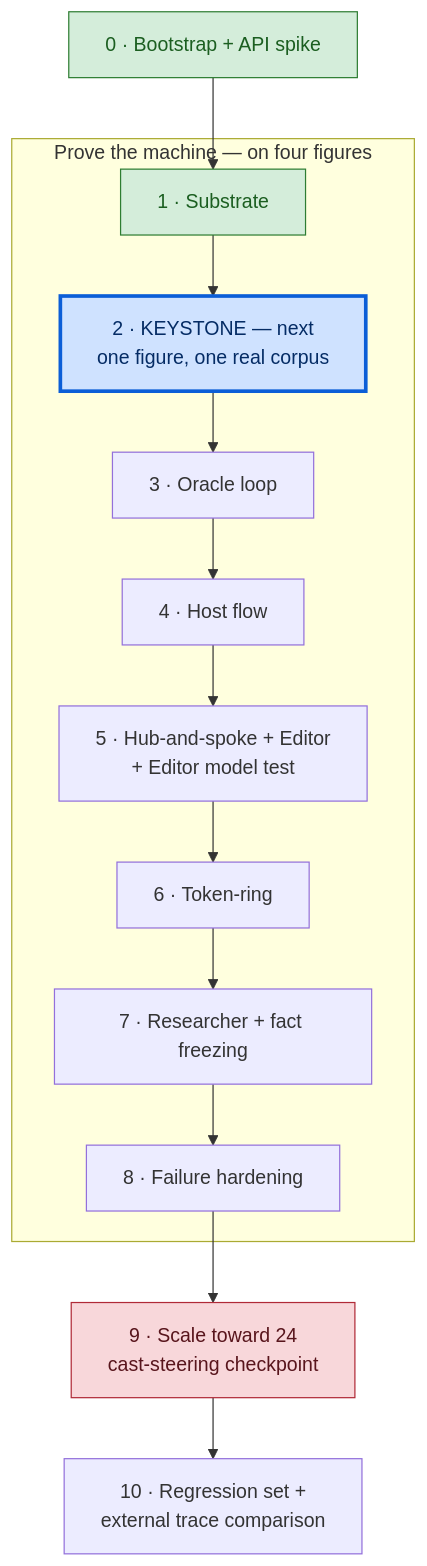
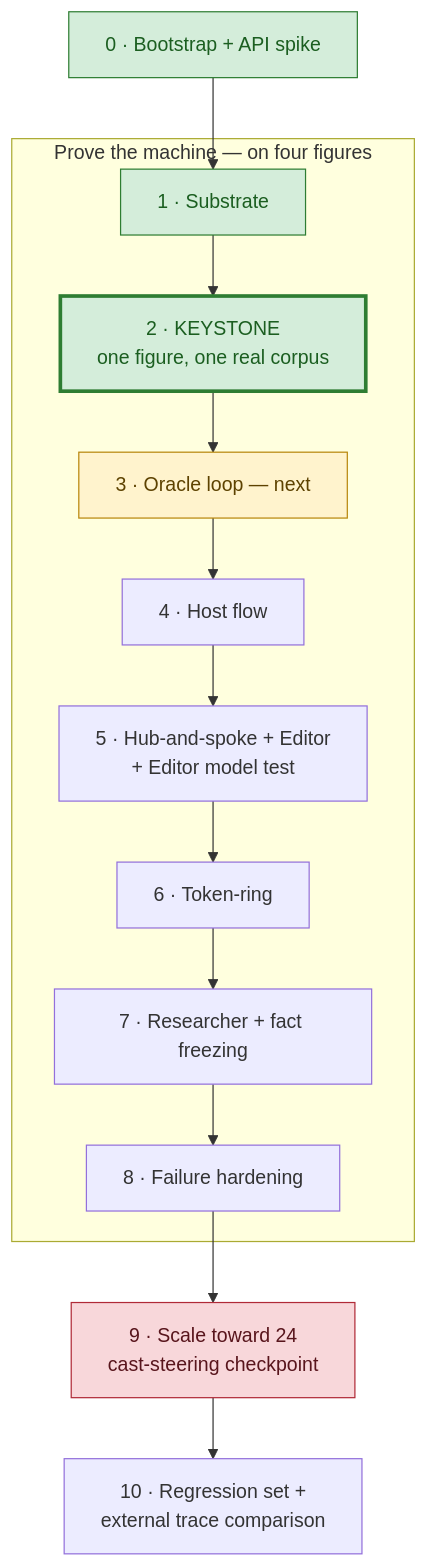
The diagram in docs/AGENT_CHOIR_V2_BUILD_PLAN.md (a-j-rz/agent-choir-studio-2), drawn with Mermaid before and after one commit. The commit also changed other lines of this file, not shown here.

First line of the commit message:
Close Phase 2: keystone done — slices, owner judgements, findings

````diff
--- a/docs/AGENT_CHOIR_V2_BUILD_PLAN.md
+++ b/docs/AGENT_CHOIR_V2_BUILD_PLAN.md
@@ -22,29 +23,30 @@
 ```mermaid
 flowchart TD
     P0["0 · Bootstrap + API spike"]:::done --> P1["1 · Substrate"]:::done
-    P1 --> P2["2 · KEYSTONE — next<br/>one figure, one real corpus"]:::key
-    P2 --> P3["3 · Oracle loop"]
+    P1 --> P2["2 · KEYSTONE<br/>one figure, one real corpus"]:::keydone
+    P2 --> P3["3 · Oracle loop — next"]:::next
     P3 --> P4["4 · Host flow"]
     P4 --> P5["5 · Hub-and-spoke + Editor<br/>+ Editor model test"]
     P5 --> P6["6 · Token-ring"]
     P6 --> P7["7 · Researcher + fact freezing"]
     P7 --> P8["8 · Failure hardening"]
     P8 --> P9["9 · Scale toward 24<br/>cast-steering checkpoint"]:::check
     P9 --> P10["10 · Regression set +<br/>external trace comparison"]
 
     subgraph Machine["Prove the machine — on four figures"]
         P1
         P2
         P3
         P4
         P5
         P6
         P7
         P8
     end
 
     classDef done fill:#d4edda,stroke:#2e7d32,color:#1b5e20
     classDef next fill:#fff3cd,stroke:#b8860b,color:#5d4200
     classDef key fill:#cfe2ff,stroke:#0b5ed7,color:#052c65,stroke-width:3px
+    classDef keydone fill:#d4edda,stroke:#2e7d32,color:#1b5e20,stroke-width:3px
     classDef check fill:#f8d7da,stroke:#b02a37,color:#58151c
 ```
````
